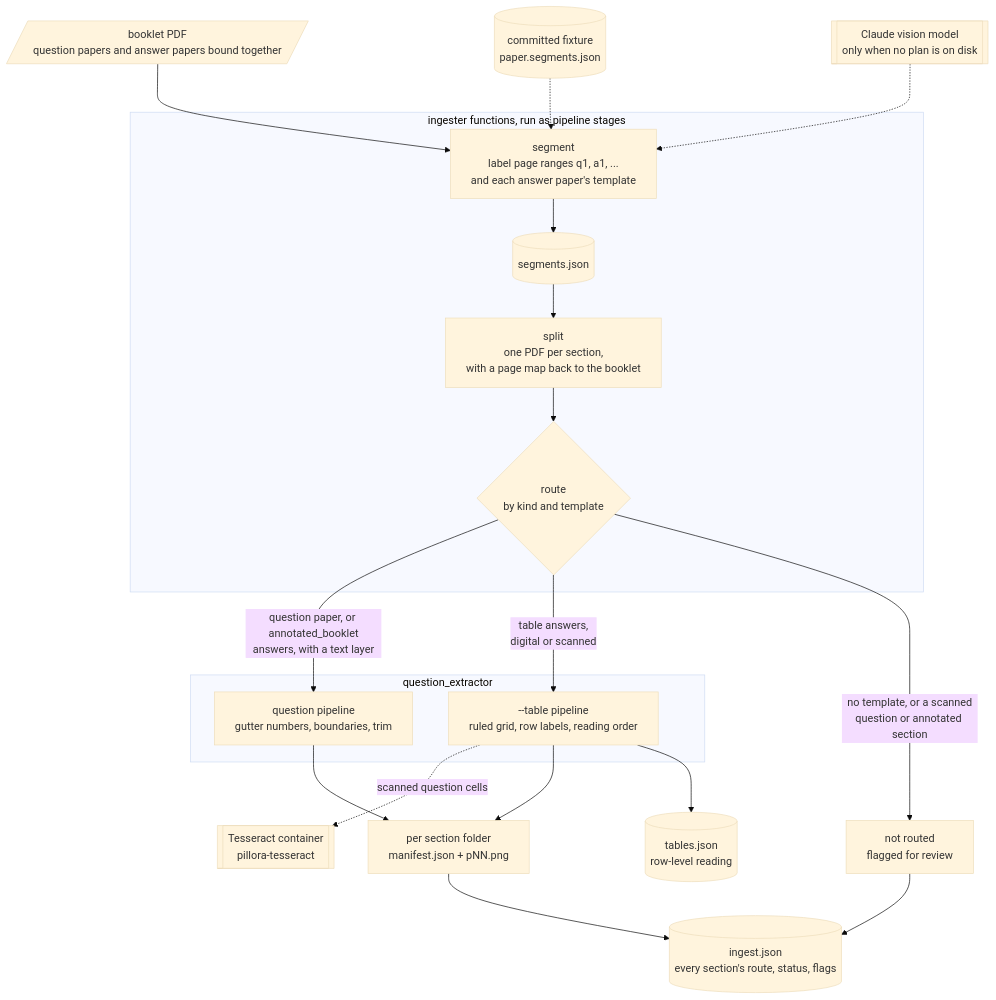
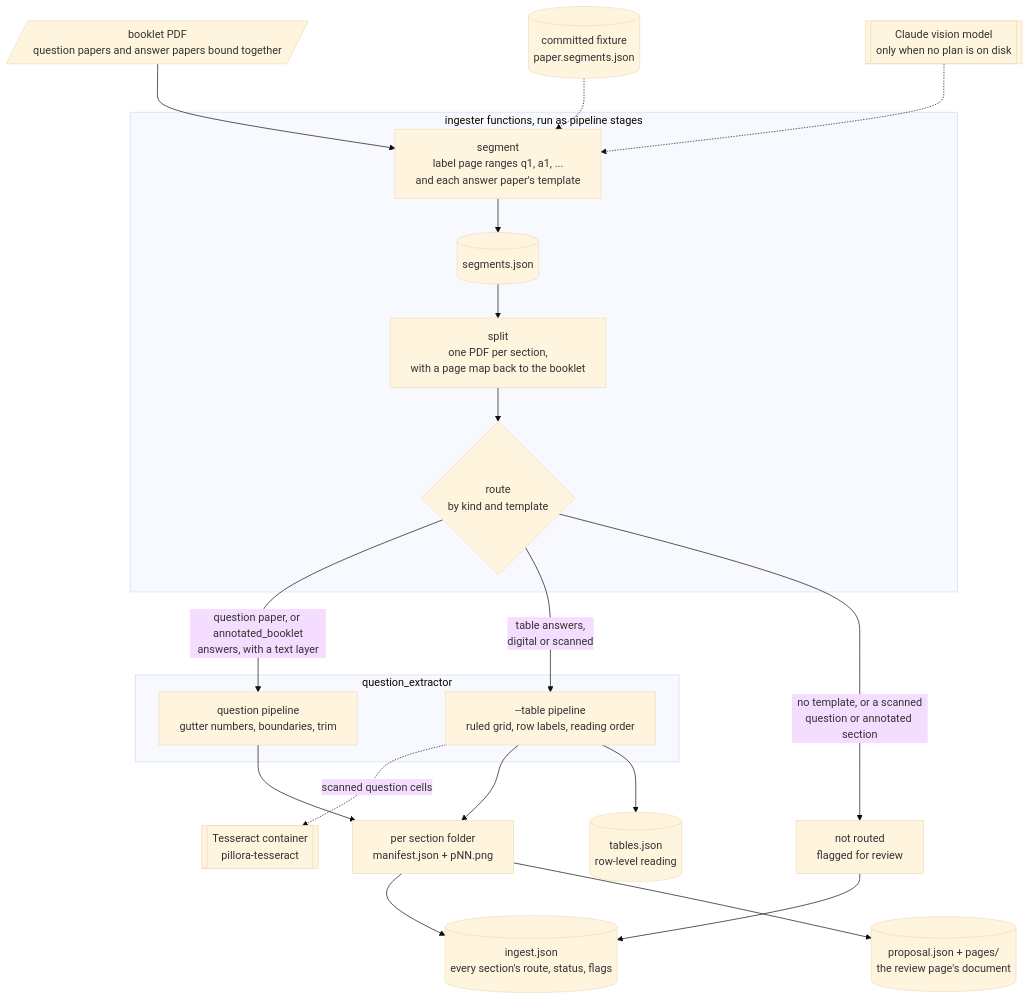
One commit to billyhoce/PilloraQuestionBank changed the diagram in ingestion/README.md. Above: the diagram before and after it, drawn with Mermaid (base theme). The commit also changed other lines of this file and 7 other files, not shown here.

First line of the commit message:
Proposal JSON for admin review

````diff
--- a/ingestion/README.md
+++ b/ingestion/README.md
@@ -23,37 +23,38 @@
 ```mermaid
 %%{init: {"flowchart": {"wrappingWidth": 400}}}%%
 flowchart TD
     pdf[/"booklet PDF<br/>question papers and answer papers bound together"/]
 
     subgraph ING["ingester functions, run as pipeline stages"]
         seg["segment<br/>label page ranges q1, a1, ...<br/>and each answer paper's template"]
         plan[("segments.json")]
         split["split<br/>one PDF per section,<br/>with a page map back to the booklet"]
         route{"route<br/>by kind and template"}
         seg --> plan --> split --> route
     end
 
     model[["Claude vision model<br/>only when no plan is on disk"]]
     fixture[("committed fixture<br/>paper.segments.json")]
 
     subgraph QE["question_extractor"]
         qp["question pipeline<br/>gutter numbers, boundaries, trim"]
         tp["--table pipeline<br/>ruled grid, row labels, reading order"]
     end
 
     tess[["Tesseract container<br/>pillora-tesseract"]]
 
     pdf --> seg
     fixture -.-> seg
     model -.-> seg
     route -->|"question paper, or annotated_booklet<br/>answers, with a text layer"| qp
     route -->|"table answers,<br/>digital or scanned"| tp
     route -->|"no template, or a scanned<br/>question or annotated section"| nr["not routed<br/>flagged for review"]
     tp -.->|"scanned question cells"| tess
 
     qp --> res["per section folder<br/>manifest.json + pNN.png"]
     tp --> res
     tp --> tj[("tables.json<br/>row-level reading")]
     res --> rep[("ingest.json<br/>every section's route, status, flags")]
     nr --> rep
+    res --> prop[("proposal.json + pages/<br/>the review page's document")]
 ```
````
